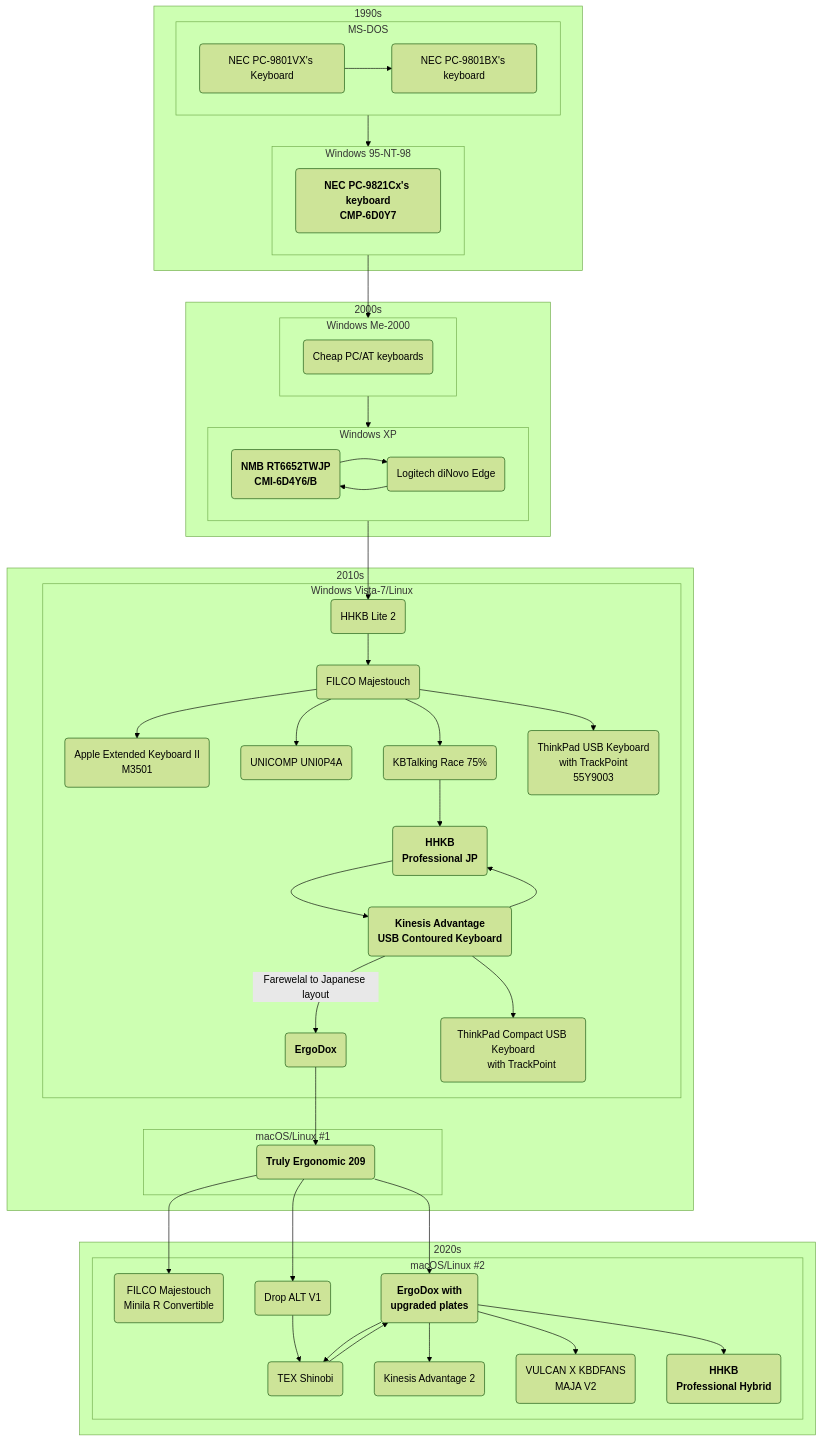
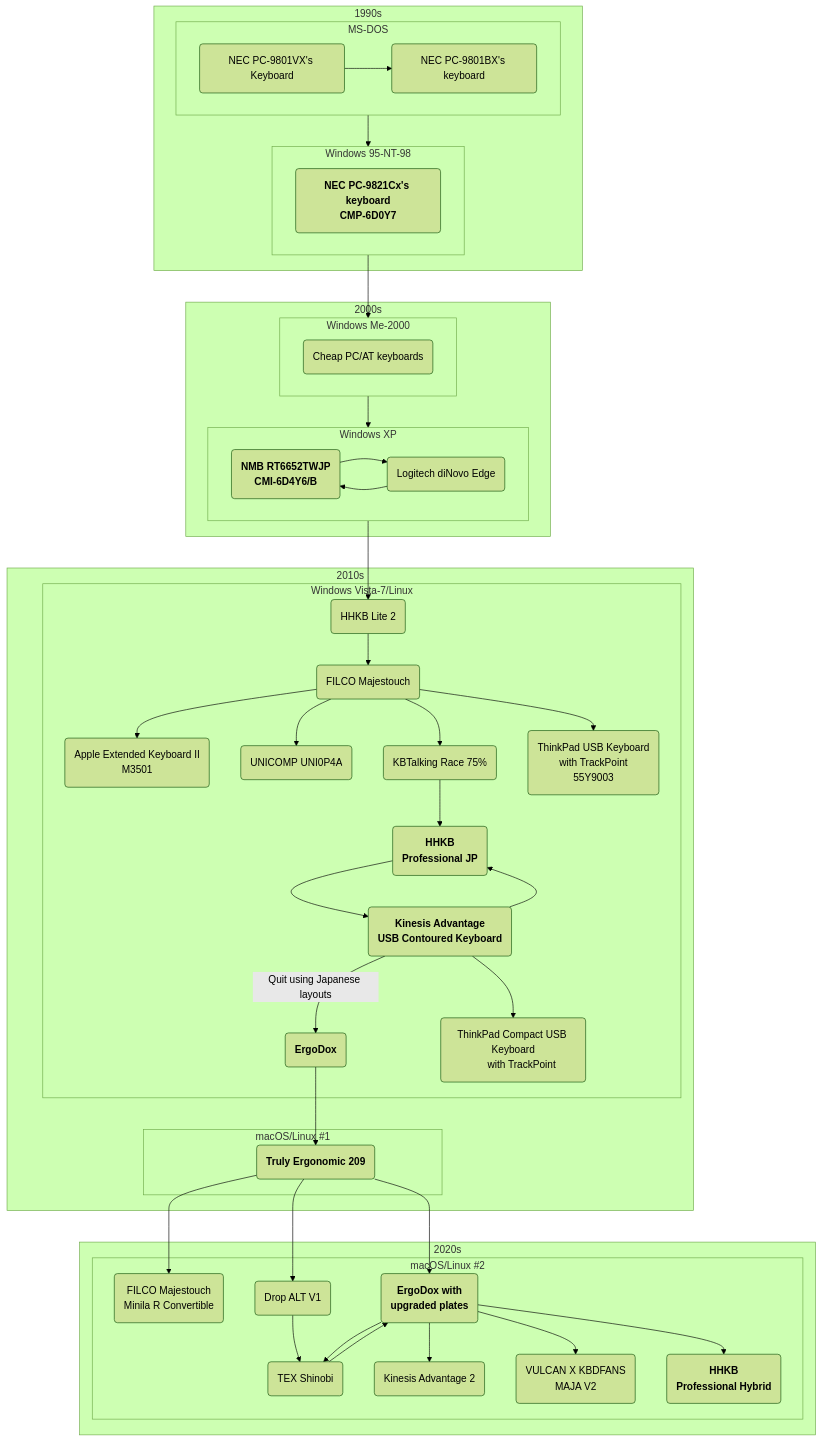
The diagram in hid.md (sumibi-yakitori/sumibi-yakitori), drawn with Mermaid (forest theme) before and after one commit.

````diff
--- a/hid.md
+++ b/hid.md
@@ -18,78 +18,78 @@
 ```mermaid
 flowchart TB
   subgraph 1990s
     subgraph MS-DOS
       direction LR
 
       pc9801vx(NEC PC-9801VX's Keyboard)-->pc9801bx(NEC PC-9801BX's keyboard)
     end
     
     subgraph Windows 95-NT-98
       direction LR
 
       pc9801bx-->pc9821cx13("`**NEC PC-9821Cx's keyboard
       CMP-6D0Y7**`")
     end
   end
   
   subgraph 2000s
     subgraph Windows Me-2000
       direction LR
 
       pc9821cx13-->pcat1(Cheap PC/AT keyboards)
     end
     
     subgraph Windows XP
       direction LR
 
       pcat1-->nmb
       nmb("`**NMB RT6652TWJP
       CMI-6D4Y6/B**`")-->Logitech(Logitech diNovo Edge)-->nmb
     end
   end
   
   subgraph 2010s
     subgraph Windows Vista-7/Linux
       nmb-->hhkb-lite(HHKB Lite 2)
       hhkb-lite-->filco-m(FILCO Majestouch)
       filco-m-->ae-kb("Apple Extended Keyboard II
       M3501")
       filco-m-->unicomp(UNICOMP UNI0P4A)
       filco-m-->race(KBTalking Race 75%)
       filco-m-->thinkpad1("ThinkPad USB Keyboard
       with TrackPoint
       55Y9003")
       race-->hhkb-pro-jp("`**HHKB
       Professional JP**`")
       hhkb-pro-jp-->kinesis-a("`**Kinesis Advantage
       USB Contoured Keyboard**`")
       kinesis-a-->hhkb-pro-jp
-      kinesis-a-- "`Farewelal to Japanese layout`" -->ergodox1("`**ErgoDox**`")
+      kinesis-a-- "`Quit using Japanese layouts`" -->ergodox1("`**ErgoDox**`")
       kinesis-a-->thinkpad2("ThinkPad Compact USB Keyboard
       with TrackPoint")
     end
 
     subgraph macOS/Linux #1
       ergodox1-->teck("`**Truly Ergonomic 209**`")
     end
   end
   
 
   subgraph 2020s
     subgraph macOS/Linux #2
       teck-->filco-minila-r("FILCO Majestouch
       Minila R Convertible")
       teck-->ergodox2("`**ErgoDox with
       upgraded plates**`")
       teck-->drop-alt(Drop ALT V1)
       drop-alt-->shinobi
       ergodox2-->shinobi(TEX Shinobi)
       shinobi-->ergodox2
       ergodox2-->kinesis-a2(Kinesis Advantage 2)
       ergodox2-->maja("`VULCAN X KBDFANS
       MAJA V2`")
       ergodox2-->hhkb-hybrid("`**HHKB
       Professional Hybrid**`")
     end
   end
 ```
````
